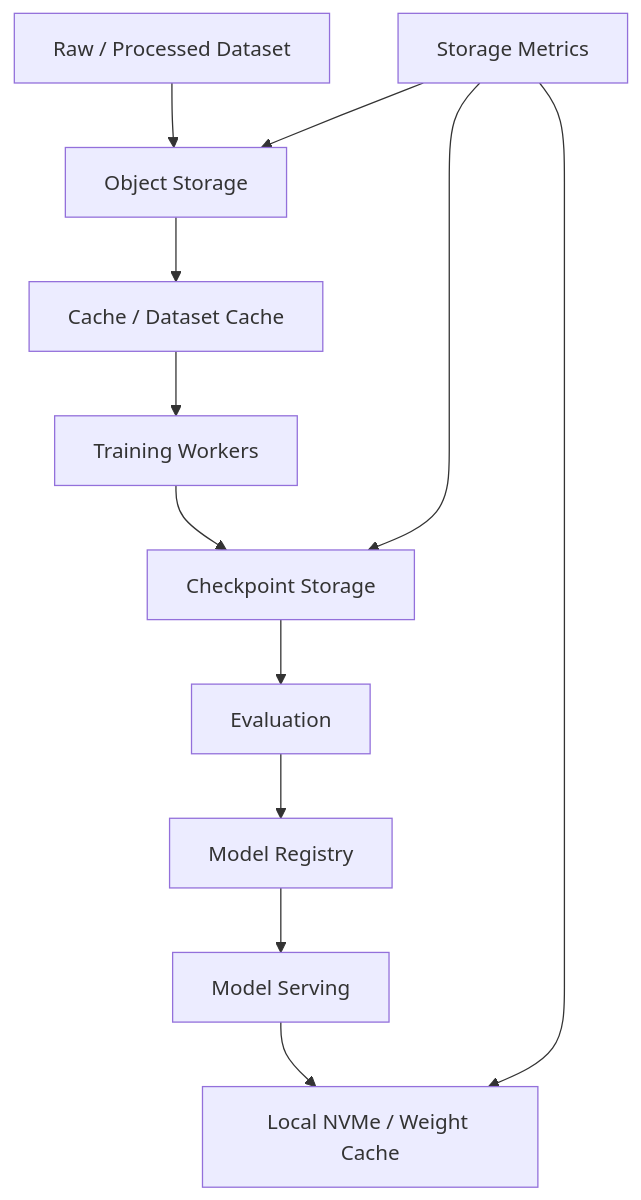
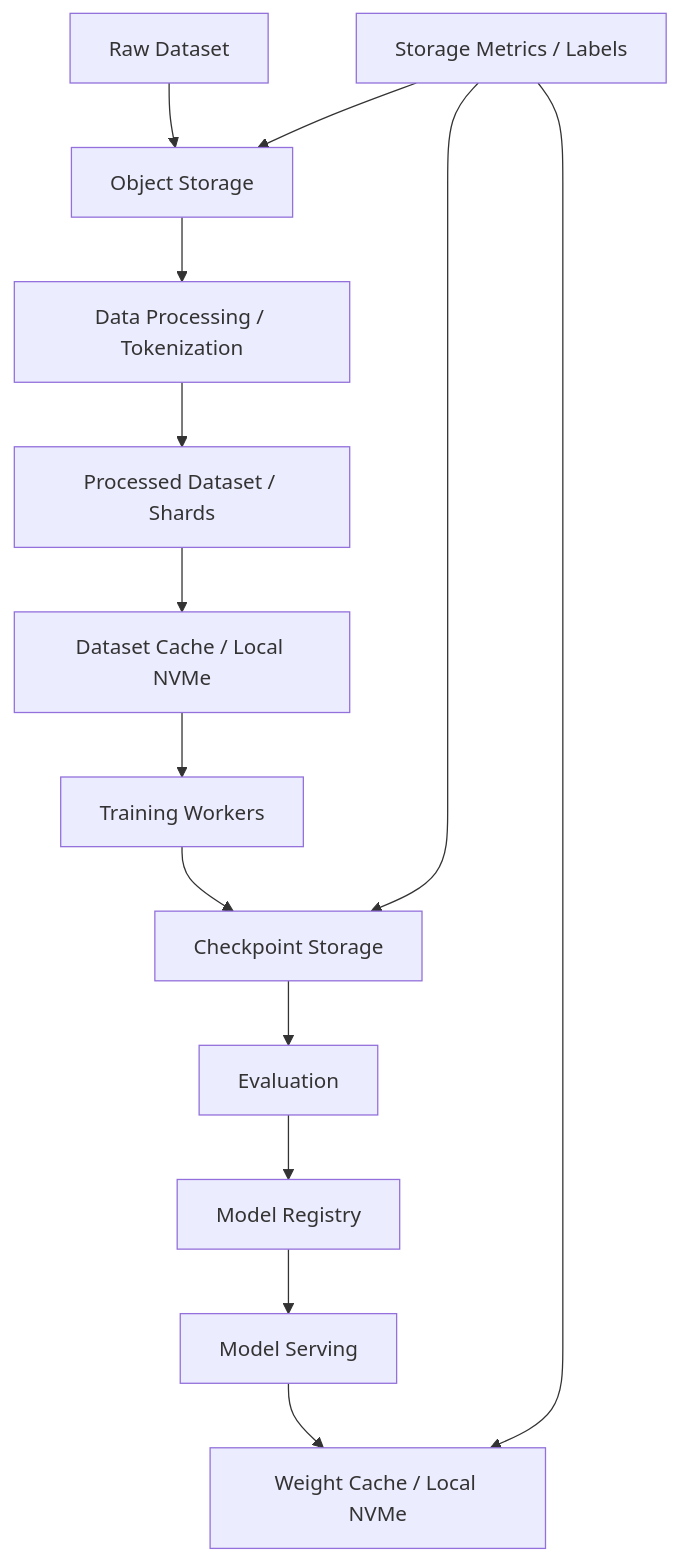
Before and after one commit to ikingye/ai-factory-engineering: the diagram in docs/part-07-network-storage/chapter-33-ai-storage.md, drawn with Mermaid. The commit also changed other lines of this file and 3 other files, not shown here.

````diff
--- a/docs/part-07-network-storage/chapter-33-ai-storage.md
+++ b/docs/part-07-network-storage/chapter-33-ai-storage.md
@@ -23,14 +45,16 @@
 ```mermaid
 flowchart TB
-  Data["Raw / Processed Dataset"] --> Object["Object Storage"]
-  Object --> Cache["Cache / Dataset Cache"]
+  Raw["Raw Dataset"] --> Object["Object Storage"]
+  Object --> Process["Data Processing / Tokenization"]
+  Process --> Dataset["Processed Dataset / Shards"]
+  Dataset --> Cache["Dataset Cache / Local NVMe"]
   Cache --> Train["Training Workers"]
-  Train --> Checkpoint["Checkpoint Storage"]
-  Checkpoint --> Eval["Evaluation"]
+  Train --> CKPT["Checkpoint Storage"]
+  CKPT --> Eval["Evaluation"]
   Eval --> Registry["Model Registry"]
   Registry --> Serving["Model Serving"]
-  Serving --> Local["Local NVMe / Weight Cache"]
-  Telemetry["Storage Metrics"] --> Object
-  Telemetry --> Checkpoint
-  Telemetry --> Local
+  Serving --> WeightCache["Weight Cache / Local NVMe"]
+  Metrics["Storage Metrics / Labels"] --> Object
+  Metrics --> CKPT
+  Metrics --> WeightCache
 ```
````
